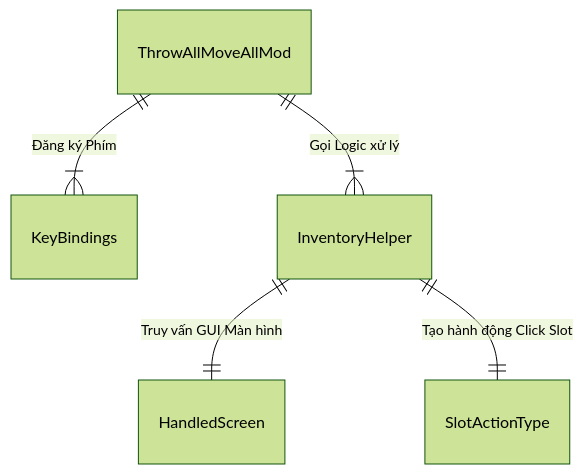
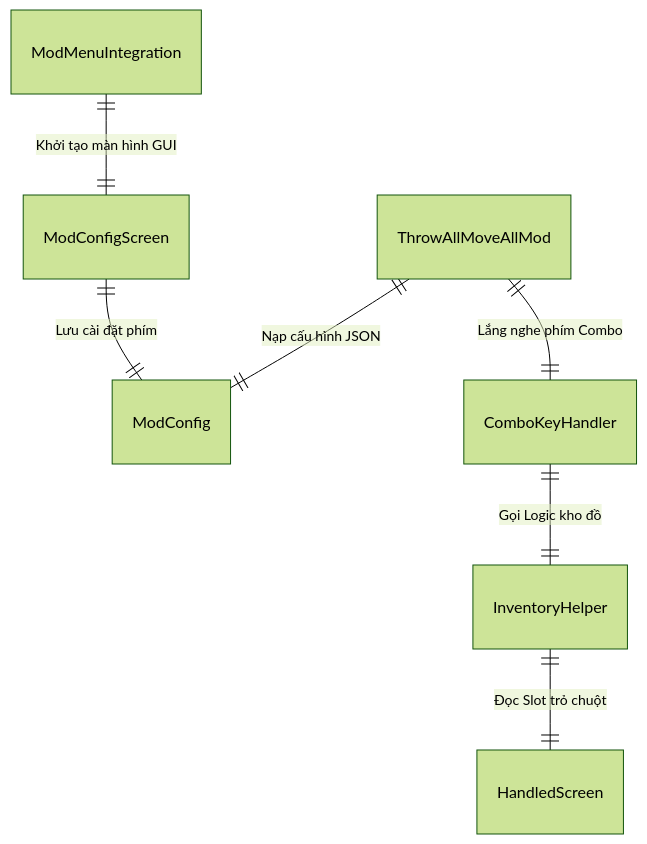
The third of 3 diagrams in docs/architecture.md (CodeingOver/ThrowAllMoveAll), drawn with Mermaid (forest theme) before and after one commit. The commit also changed other lines of this file and 13 other files, not shown here.

Commit message:
feat: implement customizable keybindings with an in-game configuration menu and JSON persistence

````diff
--- a/docs/architecture.md
+++ b/docs/architecture.md
@@ -125,7 +132,9 @@
 ```mermaid
 erDiagram
-    ThrowAllMoveAllMod ||--|{ KeyBindings : "Đăng ký Phím"
-    ThrowAllMoveAllMod ||--|{ InventoryHelper : "Gọi Logic xử lý"
-    InventoryHelper ||--|| HandledScreen : "Truy vấn GUI Màn hình"
-    InventoryHelper ||--|| SlotActionType : "Tạo hành động Click Slot"
+    ThrowAllMoveAllMod ||--|| ModConfig : "Nạp cấu hình JSON"
+    ThrowAllMoveAllMod ||--|| ComboKeyHandler : "Lắng nghe phím Combo"
+    ModMenuIntegration ||--|| ModConfigScreen : "Khởi tạo màn hình GUI"
+    ModConfigScreen ||--|| ModConfig : "Lưu cài đặt phím"
+    ComboKeyHandler ||--|| InventoryHelper : "Gọi Logic kho đồ"
+    InventoryHelper ||--|| HandledScreen : "Đọc Slot trỏ chuột"
 ```
````
